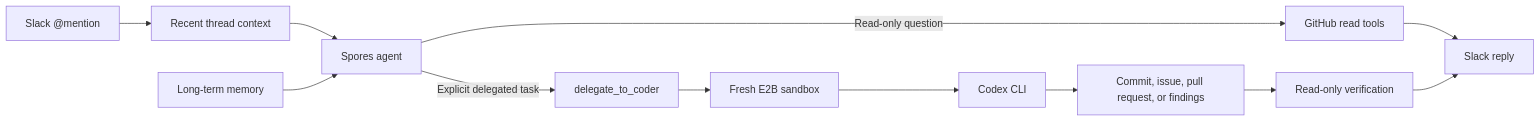
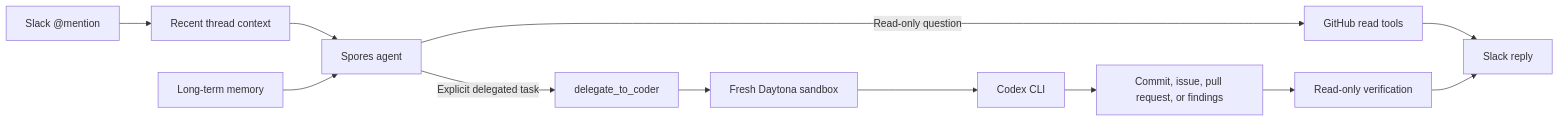
Before and after one commit to hetsaraiya/spores: the diagram in README.md, drawn with Mermaid. The commit also changed other lines of this file and 10 other files, not shown here.

````diff
--- a/README.md
+++ b/README.md
@@ -34,14 +34,14 @@
 ```mermaid
 flowchart LR
     Slack["Slack @mention"] --> Context["Recent thread context"]
     Context --> Agent["Spores agent"]
     Memory["Long-term memory"] --> Agent
     Agent -->|Read-only question| GitHub["GitHub read tools"]
     Agent -->|Explicit delegated task| Delegate["delegate_to_coder"]
-    Delegate --> Sandbox["Fresh E2B sandbox"]
+    Delegate --> Sandbox["Fresh Daytona sandbox"]
     Sandbox --> Codex["Codex CLI"]
     Codex --> PR["Commit, issue, pull request, or findings"]
     PR --> Verify["Read-only verification"]
     GitHub --> Reply["Slack reply"]
     Verify --> Reply
 ```
````
